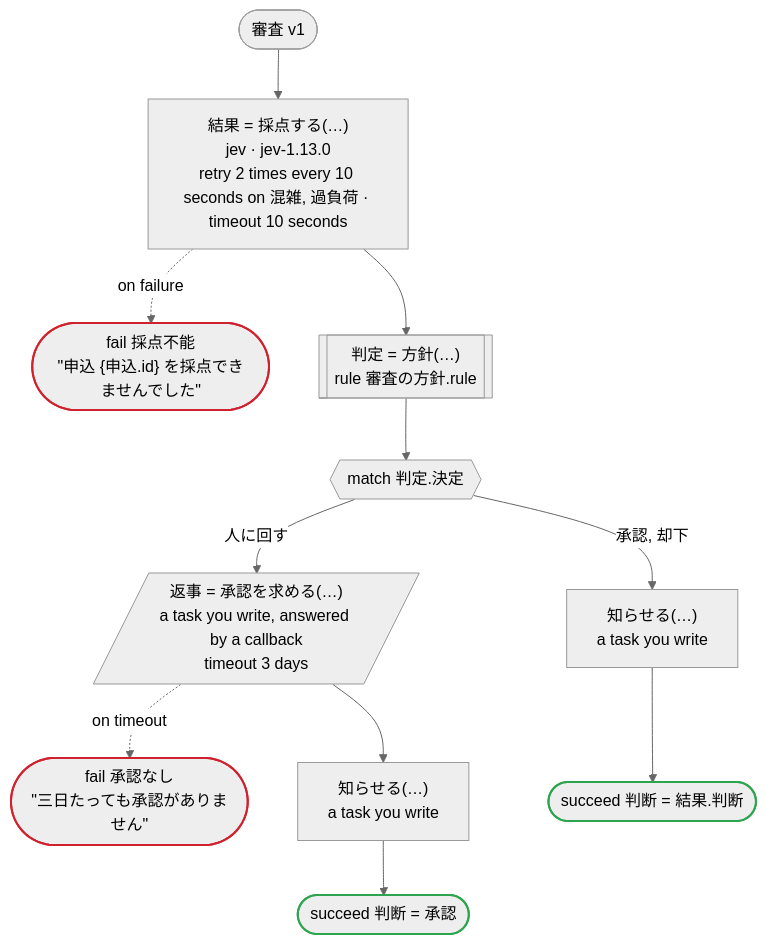
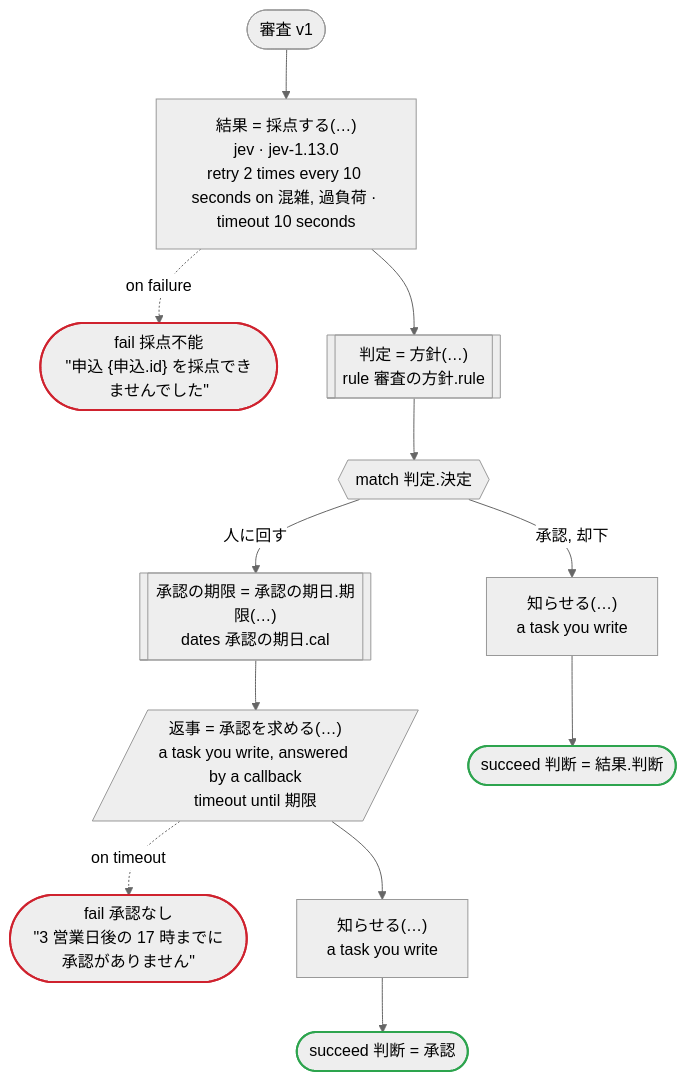
Before and after one commit to i2y/ritsu: the diagram in crates/dandori/tests/doc/examples-review-temporal-review-ja.en.md, drawn with Mermaid (neutral theme). The commit also changed other lines of this file and 174 other files, not shown here.

````diff
--- a/crates/dandori/tests/doc/examples-review-temporal-review-ja.en.md
+++ b/crates/dandori/tests/doc/examples-review-temporal-review-ja.en.md
@@ -9,28 +9,30 @@
 ```mermaid
 flowchart TD
     start(["審査 v1"])
     s1["結果 = 採点する(…)<br>jev · jev-1.13.0<br>retry 2 times every 10 seconds on 混雑, 過負荷 · timeout 10 seconds"]
     s2(["fail 採点不能<br>#quot;申込 {申込.id} を採点できませんでした#quot;"])
     s3[["判定 = 方針(…)<br>rule 審査の方針.rule"]]
     s4{{"match 判定.決定"}}
-    s6[/"返事 = 承認を求める(…)<br>a task you write, answered by a callback<br>timeout 3 days"/]
-    s7(["fail 承認なし<br>#quot;三日たっても承認がありません#quot;"])
-    s8["知らせる(…)<br>a task you write"]
-    s9(["succeed 判断 = 承認"])
-    s10["知らせる(…)<br>a task you write"]
-    s11(["succeed 判断 = 結果.判断"])
+    s6[["承認の期限 = 承認の期日.期限(…)<br>dates 承認の期日.cal"]]
+    s7[/"返事 = 承認を求める(…)<br>a task you write, answered by a callback<br>timeout until 期限"/]
+    s8(["fail 承認なし<br>#quot;3 営業日後の 17 時までに承認がありません#quot;"])
+    s9["知らせる(…)<br>a task you write"]
+    s10(["succeed 判断 = 承認"])
+    s11["知らせる(…)<br>a task you write"]
+    s12(["succeed 判断 = 結果.判断"])
     start --> s1
     s1 -.->|"on failure"| s2
     s1 --> s3
     s3 --> s4
     s4 -->|"人に回す"| s6
-    s6 -.->|"on timeout"| s7
-    s6 --> s8
-    s8 --> s9
-    s4 -->|"承認, 却下"| s10
-    s10 --> s11
+    s6 --> s7
+    s7 -.->|"on timeout"| s8
+    s7 --> s9
+    s9 --> s10
+    s4 -->|"承認, 却下"| s11
+    s11 --> s12
     classDef ok stroke:#2da44e,stroke-width:2px
     classDef bad stroke:#cf222e,stroke-width:2px
-    class s9,s11 ok
-    class s2,s7 bad
+    class s10,s12 ok
+    class s2,s8 bad
 ```
````
